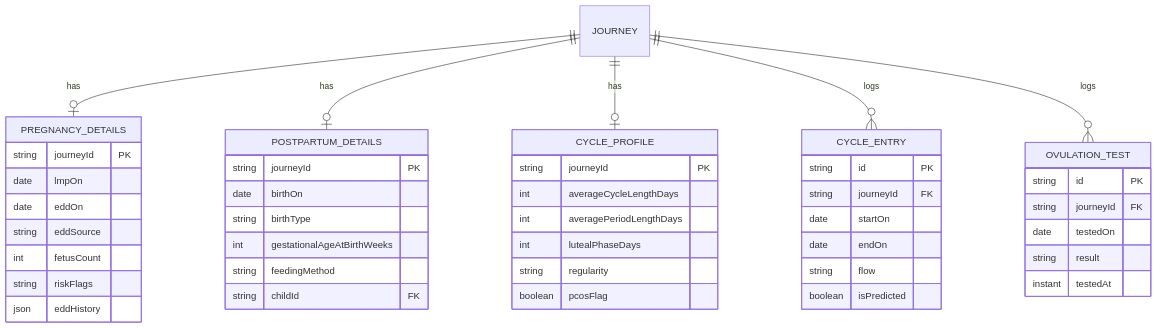
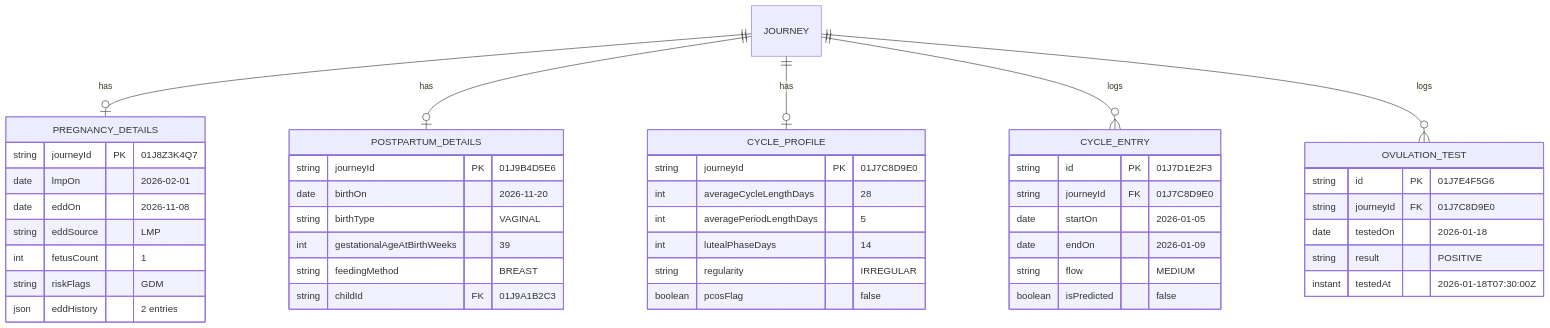
One commit to headache-sh2l/cocobean changed the second of 10 diagrams in docs/domain-model-entity-relation.md. Above: the diagram before and after it, drawn with Mermaid. The commit also changed other lines of this file, not shown here.

````diff
--- a/docs/domain-model-entity-relation.md
+++ b/docs/domain-model-entity-relation.md
@@ -71,49 +72,49 @@
 ```mermaid
 erDiagram
     JOURNEY ||--o| PREGNANCY_DETAILS : has
     JOURNEY ||--o| POSTPARTUM_DETAILS : has
     JOURNEY ||--o| CYCLE_PROFILE : has
     JOURNEY ||--o{ CYCLE_ENTRY : logs
     JOURNEY ||--o{ OVULATION_TEST : logs
 
     PREGNANCY_DETAILS {
-        string journeyId PK
-        date lmpOn
-        date eddOn
-        string eddSource
-        int fetusCount
-        string riskFlags
-        json eddHistory
+        string journeyId PK "01J8Z3K4Q7"
+        date lmpOn "2026-02-01"
+        date eddOn "2026-11-08"
+        string eddSource "LMP"
+        int fetusCount "1"
+        string riskFlags "GDM"
+        json eddHistory "2 entries"
     }
     POSTPARTUM_DETAILS {
-        string journeyId PK
-        date birthOn
-        string birthType
-        int gestationalAgeAtBirthWeeks
-        string feedingMethod
-        string childId FK
+        string journeyId PK "01J9B4D5E6"
+        date birthOn "2026-11-20"
+        string birthType "VAGINAL"
+        int gestationalAgeAtBirthWeeks "39"
+        string feedingMethod "BREAST"
+        string childId FK "01J9A1B2C3"
     }
     CYCLE_PROFILE {
-        string journeyId PK
-        int averageCycleLengthDays
-        int averagePeriodLengthDays
-        int lutealPhaseDays
-        string regularity
-        boolean pcosFlag
+        string journeyId PK "01J7C8D9E0"
+        int averageCycleLengthDays "28"
+        int averagePeriodLengthDays "5"
+        int lutealPhaseDays "14"
+        string regularity "IRREGULAR"
+        boolean pcosFlag "false"
     }
     CYCLE_ENTRY {
-        string id PK
-        string journeyId FK
-        date startOn
-        date endOn
-        string flow
-        boolean isPredicted
+        string id PK "01J7D1E2F3"
+        string journeyId FK "01J7C8D9E0"
+        date startOn "2026-01-05"
+        date endOn "2026-01-09"
+        string flow "MEDIUM"
+        boolean isPredicted "false"
     }
     OVULATION_TEST {
-        string id PK
-        string journeyId FK
-        date testedOn
-        string result
-        instant testedAt
+        string id PK "01J7E4F5G6"
+        string journeyId FK "01J7C8D9E0"
+        date testedOn "2026-01-18"
+        string result "POSITIVE"
+        instant testedAt "2026-01-18T07:30:00Z"
     }
 ```
````
